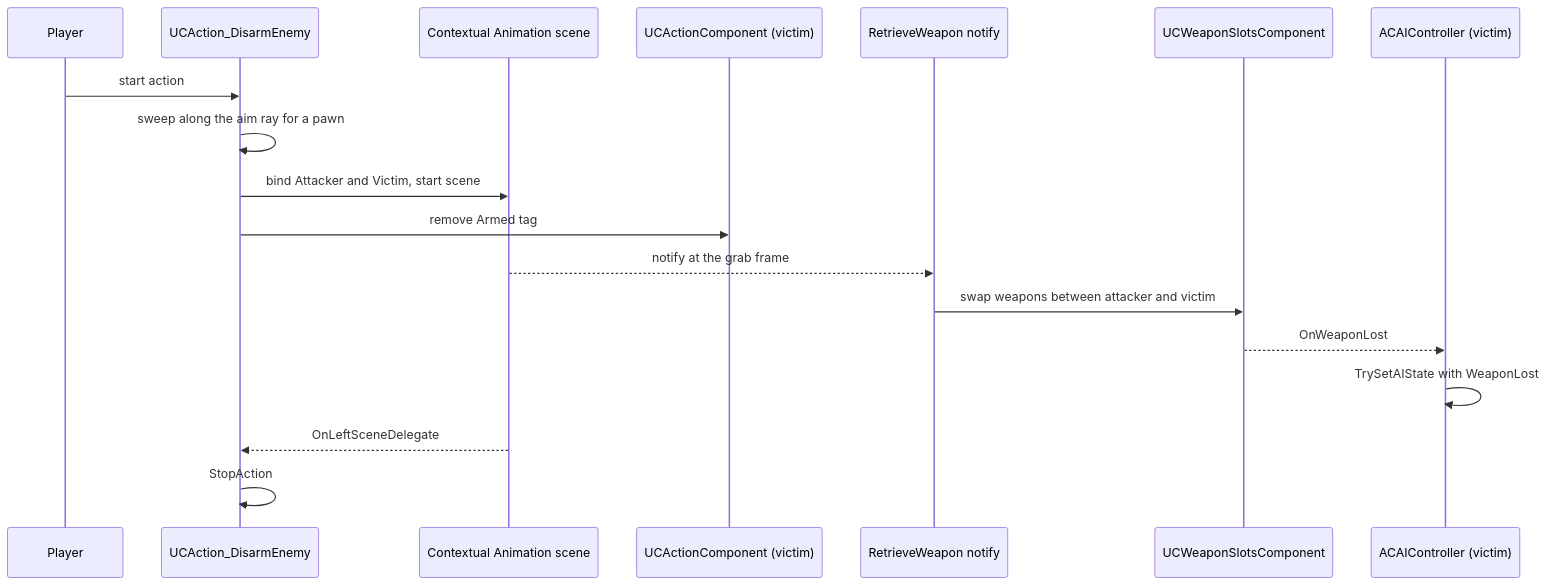
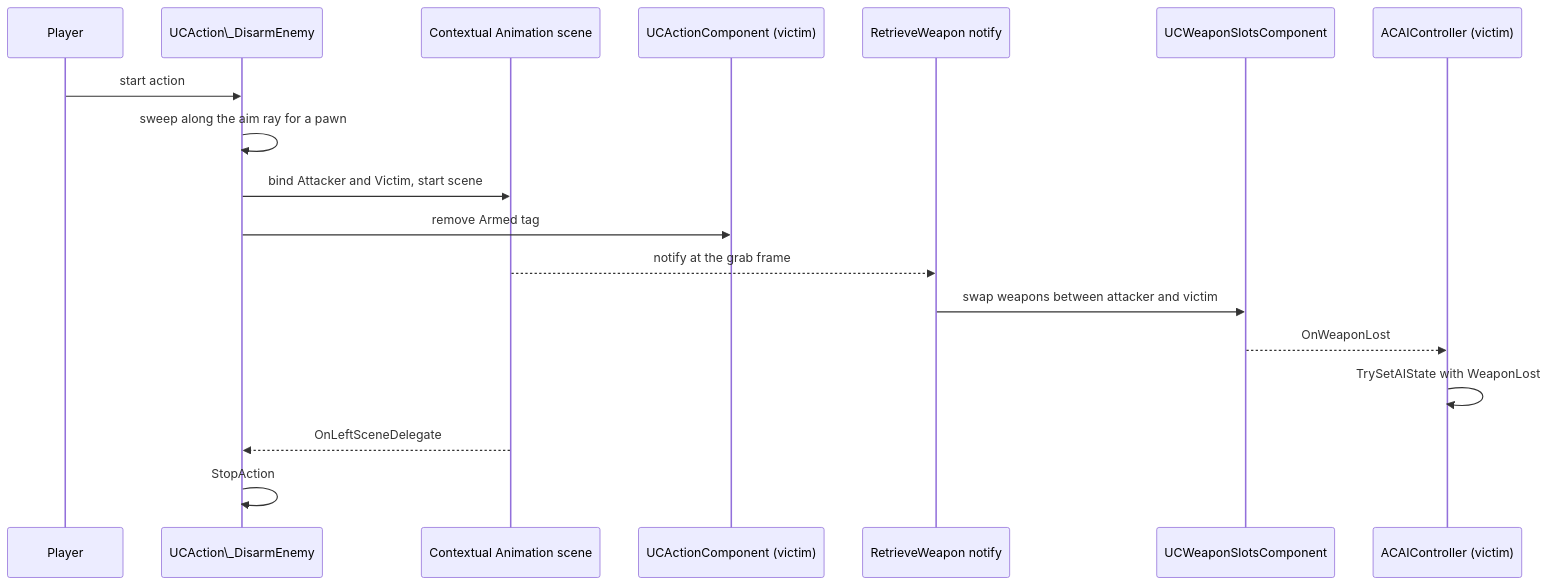
Before and after one commit to o4thbreaker/ClarityShooter_UE5: the third of 3 diagrams in README.md, drawn with Mermaid. The commit also changed other lines of this file and 1 other file, not shown here.

````diff
--- a/README.md
+++ b/README.md
@@ -395,21 +424,21 @@
 ```mermaid
 sequenceDiagram
     participant P as Player
-    participant D as UCAction_DisarmEnemy
+    participant D as UCAction\_DisarmEnemy
     participant CAS as Contextual Animation scene
     participant VA as UCActionComponent (victim)
     participant N as RetrieveWeapon notify
     participant S as UCWeaponSlotsComponent
     participant AI as ACAIController (victim)
 
     P->>D: start action
     D->>D: sweep along the aim ray for a pawn
     D->>CAS: bind Attacker and Victim, start scene
     D->>VA: remove Armed tag
     CAS-->>N: notify at the grab frame
     N->>S: swap weapons between attacker and victim
     S-->>AI: OnWeaponLost
     AI->>AI: TrySetAIState with WeaponLost
     CAS-->>D: OnLeftSceneDelegate
     D->>D: StopAction
 ```
````
